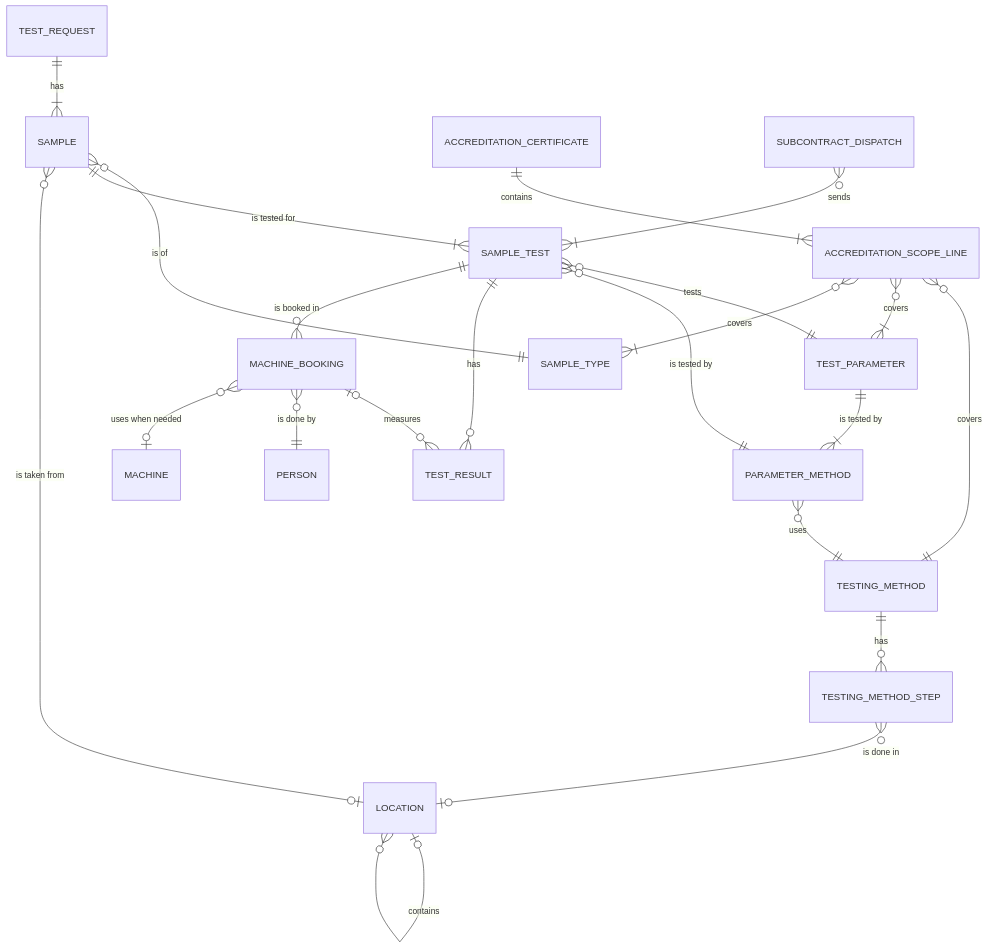
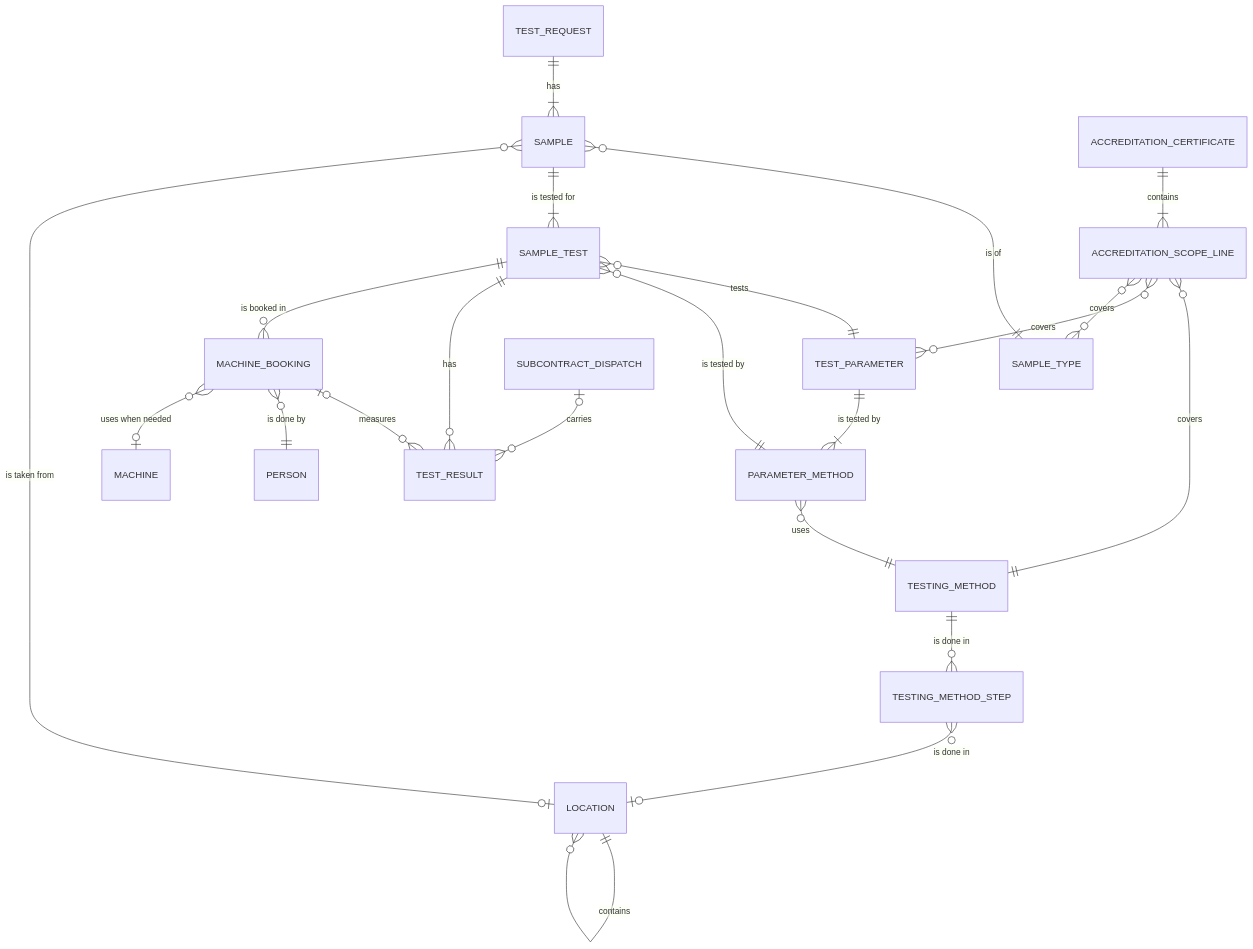
Before and after one commit to SoltuneMontepre/medilab: the first of 9 diagrams in docs/functional/laboratory_module/overview.md, drawn with Mermaid. The commit also changed other lines of this file and 119 other files, not shown here.

First line of the commit message:
Revert "[docs] Add the use case, context and conceptual ER diagrams (#495)"

````diff
--- a/docs/functional/laboratory_module/overview.md
+++ b/docs/functional/laboratory_module/overview.md
@@ -14,24 +14,24 @@
 ```mermaid
 erDiagram
     TEST_REQUEST ||--|{ SAMPLE : has
     SAMPLE }o--|| SAMPLE_TYPE : "is of"
     SAMPLE ||--|{ SAMPLE_TEST : "is tested for"
     SAMPLE_TEST }o--|| TEST_PARAMETER : tests
     SAMPLE_TEST }o--|| PARAMETER_METHOD : "is tested by"
     TEST_PARAMETER ||--|{ PARAMETER_METHOD : "is tested by"
     PARAMETER_METHOD }o--|| TESTING_METHOD : uses
-    TESTING_METHOD ||--o{ TESTING_METHOD_STEP : has
-    LOCATION |o--o{ LOCATION : contains
+    TESTING_METHOD ||--o{ TESTING_METHOD_STEP : "is done in"
+    LOCATION ||--o{ LOCATION : contains
     TESTING_METHOD_STEP }o--o| LOCATION : "is done in"
     SAMPLE }o--o| LOCATION : "is taken from"
     ACCREDITATION_CERTIFICATE ||--|{ ACCREDITATION_SCOPE_LINE : contains
     ACCREDITATION_SCOPE_LINE }o--|| TESTING_METHOD : covers
-    ACCREDITATION_SCOPE_LINE }o--|{ TEST_PARAMETER : covers
-    ACCREDITATION_SCOPE_LINE }o--|{ SAMPLE_TYPE : covers
+    ACCREDITATION_SCOPE_LINE }o--o{ TEST_PARAMETER : covers
+    ACCREDITATION_SCOPE_LINE }o--o{ SAMPLE_TYPE : covers
     SAMPLE_TEST ||--o{ TEST_RESULT : has
     SAMPLE_TEST ||--o{ MACHINE_BOOKING : "is booked in"
     MACHINE_BOOKING o|--o{ TEST_RESULT : measures
-    SUBCONTRACT_DISPATCH }o--|{ SAMPLE_TEST : sends
+    SUBCONTRACT_DISPATCH o|--o{ TEST_RESULT : carries
     MACHINE_BOOKING }o--|| PERSON : "is done by"
     MACHINE_BOOKING }o--o| MACHINE : "uses when needed"
 ```
````
